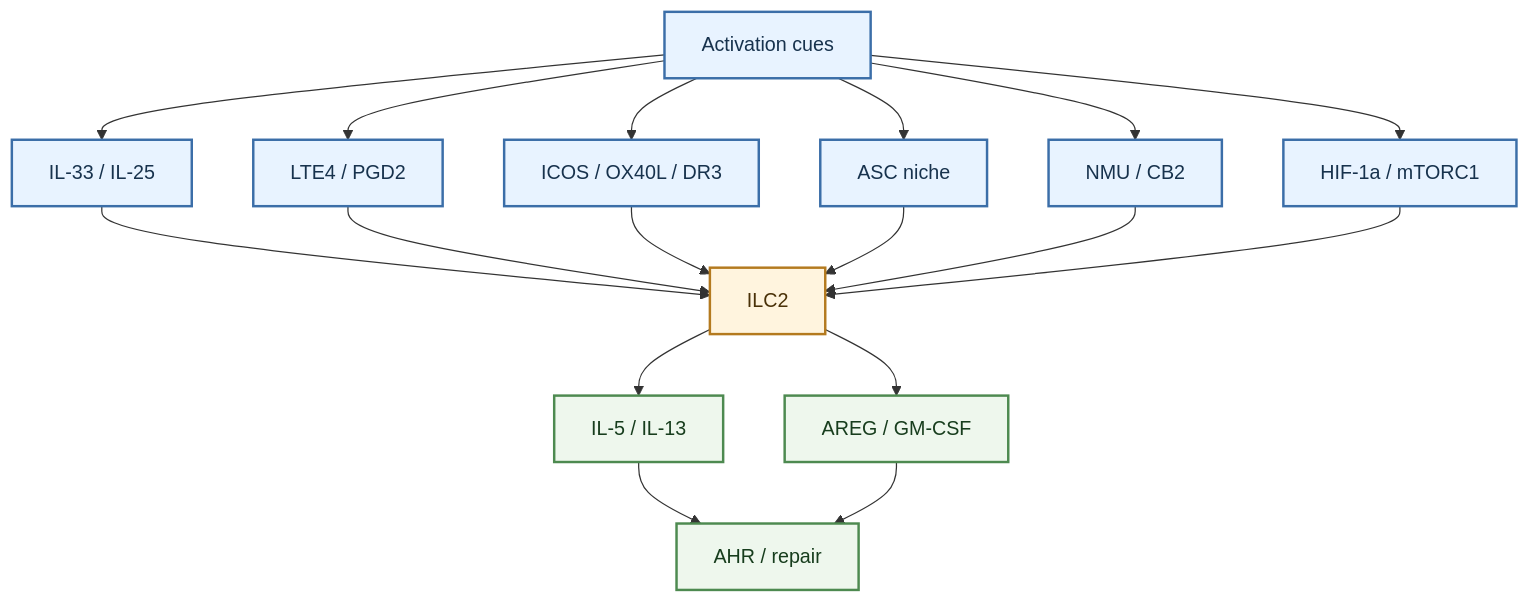
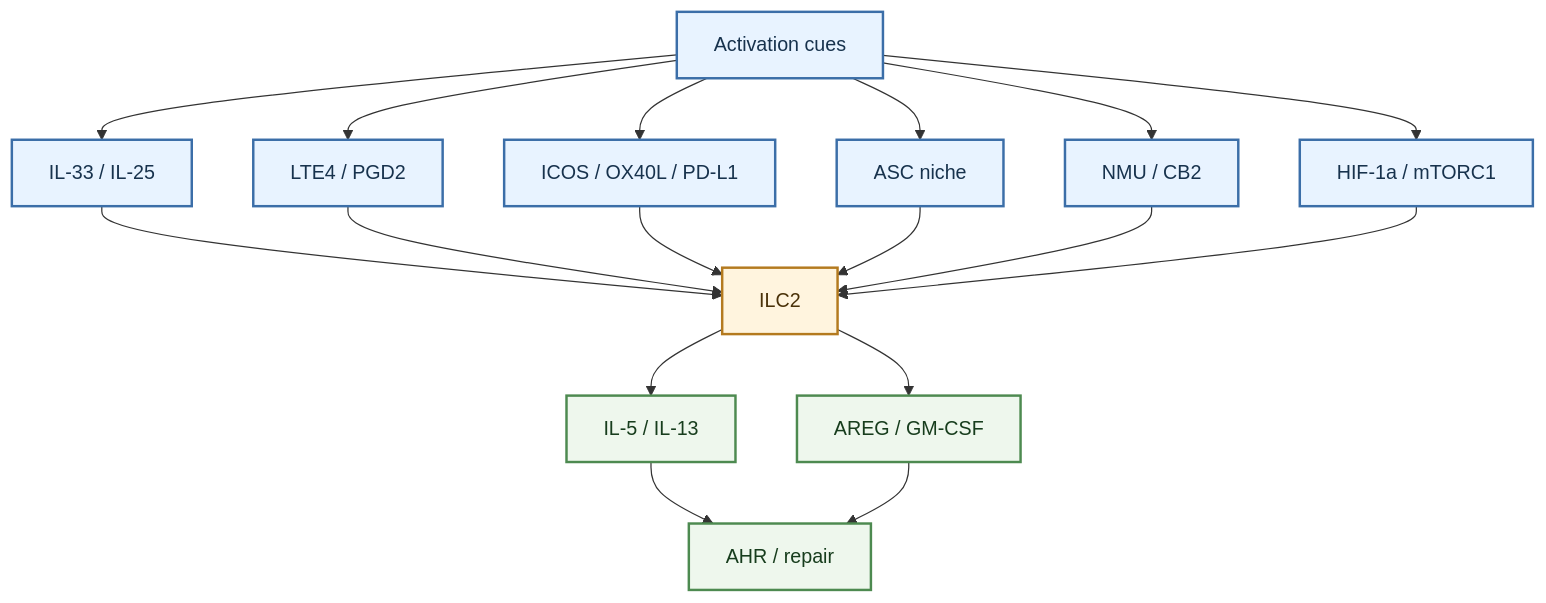
One commit to shao1116/ILC-Wiki changed the first of 3 diagrams in wiki/topics/ILC2_functional_regulation_mechanisms.md. Above: the diagram before and after it, drawn with Mermaid. The commit also changed other lines of this file and 12 other files, not shown here.

````diff
--- a/wiki/topics/ILC2_functional_regulation_mechanisms.md
+++ b/wiki/topics/ILC2_functional_regulation_mechanisms.md
@@ -142,41 +146,41 @@
 ```mermaid
 flowchart TB
     accTitle: ILC2 Activation And Effector Support
     accDescr: Compact vertical map of positive ILC2 regulatory inputs and output states.
 
     cue["Activation cues"]
     alarmin["IL-33 / IL-25"]
     lipid["LTE4 / PGD2"]
-    costim["ICOS / OX40L / DR3"]
+    costim["ICOS / OX40L / PD-L1"]
     niche["ASC niche"]
     neuro["NMU / CB2"]
     metabolism["HIF-1a / mTORC1"]
     ilc2["ILC2"]
     type2["IL-5 / IL-13"]
     repair["AREG / GM-CSF"]
     disease["AHR / repair"]
 
     cue --> alarmin
     cue --> lipid
     cue --> costim
     cue --> niche
     cue --> neuro
     cue --> metabolism
     alarmin --> ilc2
     lipid --> ilc2
     costim --> ilc2
     niche --> ilc2
     neuro --> ilc2
     metabolism --> ilc2
     ilc2 --> type2
     ilc2 --> repair
     type2 --> disease
     repair --> disease
 
     classDef cue_class fill:#e8f3ff,stroke:#3b6ea8,stroke-width:2px,color:#17324d
     classDef cell_class fill:#fff4de,stroke:#b47a1f,stroke-width:2px,color:#4a3108
     classDef out_class fill:#eef7ed,stroke:#4d8a50,stroke-width:2px,color:#173d1d
     class cue,alarmin,lipid,costim,niche,neuro,metabolism cue_class
     class ilc2 cell_class
     class type2,repair,disease out_class
 ```
````
